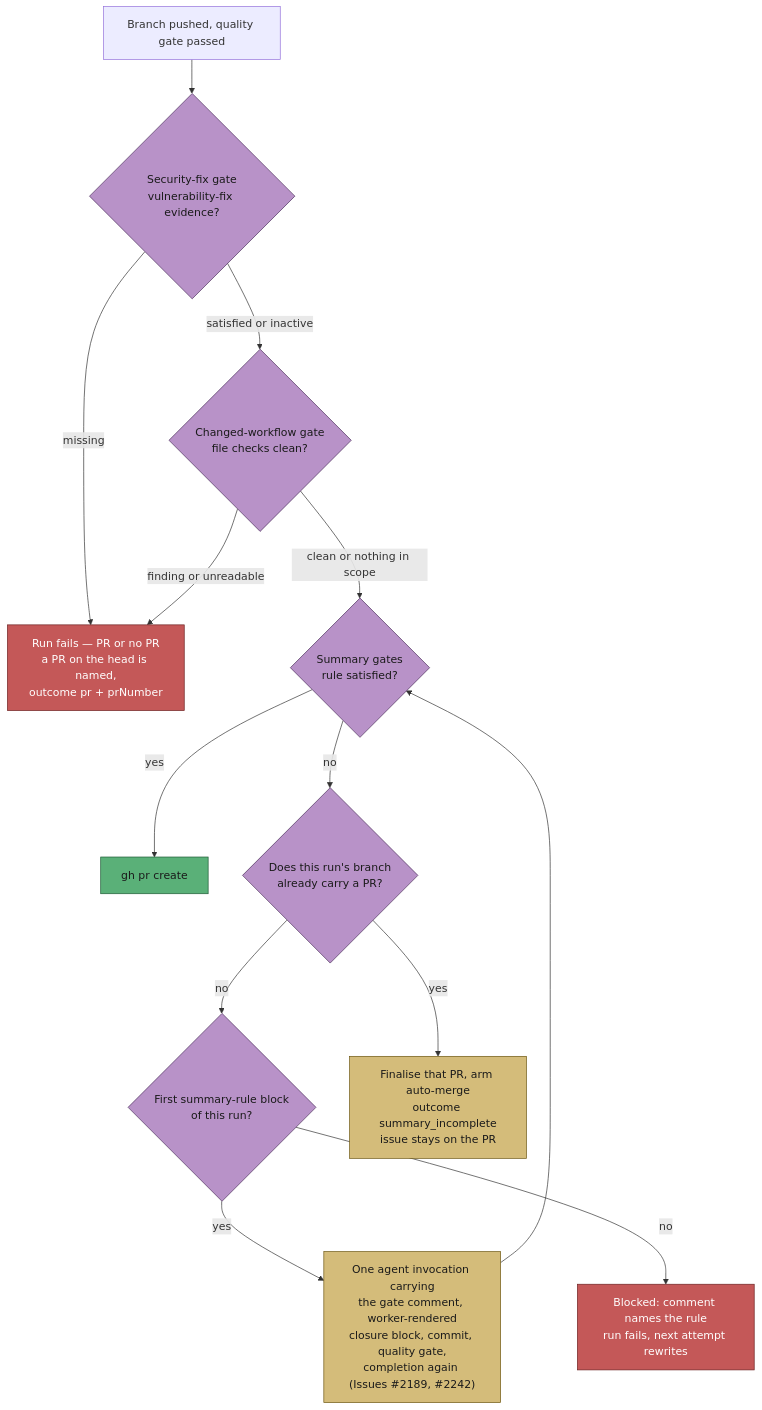
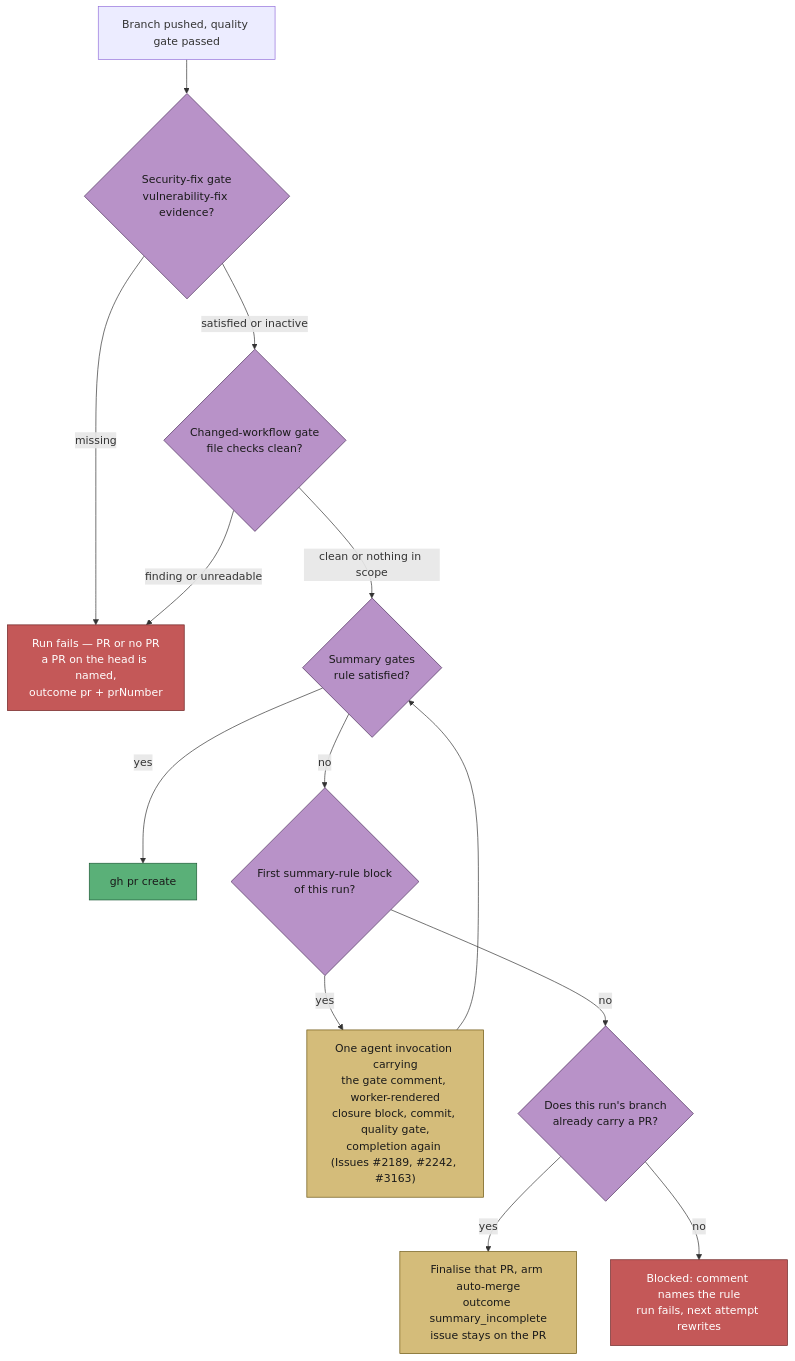
Before and after one commit to stSoftwareAU/VibeCoder: diagram 18 of 21 in docs/workflows/issue-processing.md, drawn with Mermaid. The commit also changed other lines of this file and 7 other files, not shown here.

First line of the commit message:
Give an agent-raised PR the summary-rule recovery turn (#3163)

````diff
--- a/docs/workflows/issue-processing.md
+++ b/docs/workflows/issue-processing.md
@@ -1640,25 +1644,25 @@
 ```mermaid
 flowchart TD
     A["Branch pushed, quality gate passed"] --> SEC{"Security-fix gate<br/>vulnerability-fix evidence?"}
     SEC -->|"missing"| F2["Run fails — PR or no PR<br/>a PR on the head is named,<br/>outcome pr + prNumber"]
     SEC -->|"satisfied or inactive"| WF{"Changed-workflow gate<br/>file checks clean?"}
     WF -->|"finding or unreadable"| F2
     WF -->|"clean or nothing in scope"| G{"Summary gates<br/>rule satisfied?"}
     G -->|yes| PR["gh pr create"]
-    G -->|no| Q{"Does this run's branch<br/>already carry a PR?"}
-    Q -->|no| R{"First summary-rule block<br/>of this run?"}
-    R -->|yes| RT["One agent invocation carrying<br/>the gate comment, worker-rendered<br/>closure block, commit, quality gate,<br/>completion again (Issues #2189, #2242)"]
+    G -->|no| R{"First summary-rule block<br/>of this run?"}
+    R -->|yes| RT["One agent invocation carrying<br/>the gate comment, worker-rendered<br/>closure block, commit, quality gate,<br/>completion again (Issues #2189, #2242, #3163)"]
     RT --> G
-    R -->|no| F["Blocked: comment names the rule<br/>run fails, next attempt rewrites"]
+    R -->|no| Q{"Does this run's branch<br/>already carry a PR?"}
     Q -->|yes| S["Finalise that PR, arm auto-merge<br/>outcome summary_incomplete<br/>issue stays on the PR"]
+    Q -->|no| F["Blocked: comment names the rule<br/>run fails, next attempt rewrites"]
     style SEC fill:#b892c8,stroke:#4a2d5a,color:#1a1a1a
     style WF fill:#b892c8,stroke:#4a2d5a,color:#1a1a1a
     style G fill:#b892c8,stroke:#4a2d5a,color:#1a1a1a
     style Q fill:#b892c8,stroke:#4a2d5a,color:#1a1a1a
     style R fill:#b892c8,stroke:#4a2d5a,color:#1a1a1a
     style RT fill:#d4bc7a,stroke:#6b5510,color:#1a1a1a
     style PR fill:#5ab078,stroke:#1d5a35,color:#1a1a1a
     style S fill:#d4bc7a,stroke:#6b5510,color:#1a1a1a
     style F fill:#c45858,stroke:#6b2020,color:#fff
     style F2 fill:#c45858,stroke:#6b2020,color:#fff
 ```
````
